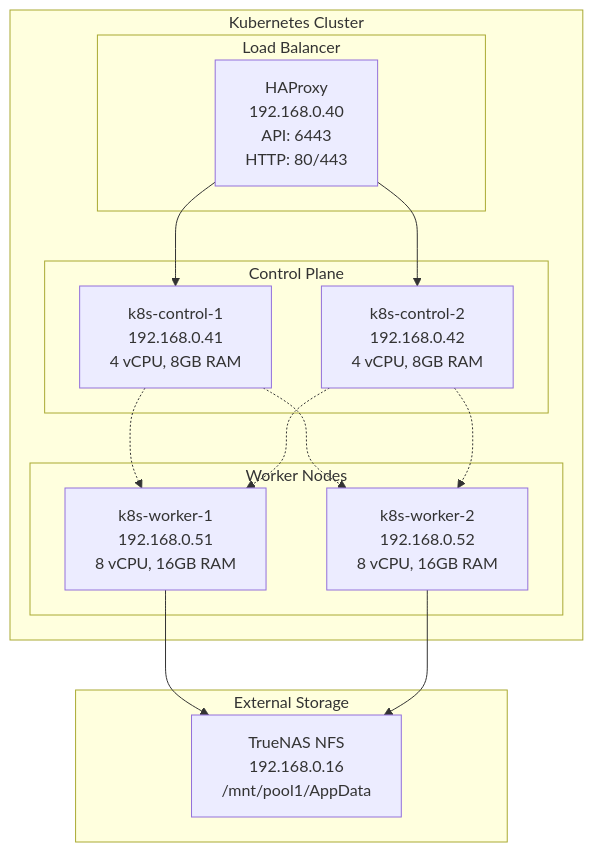
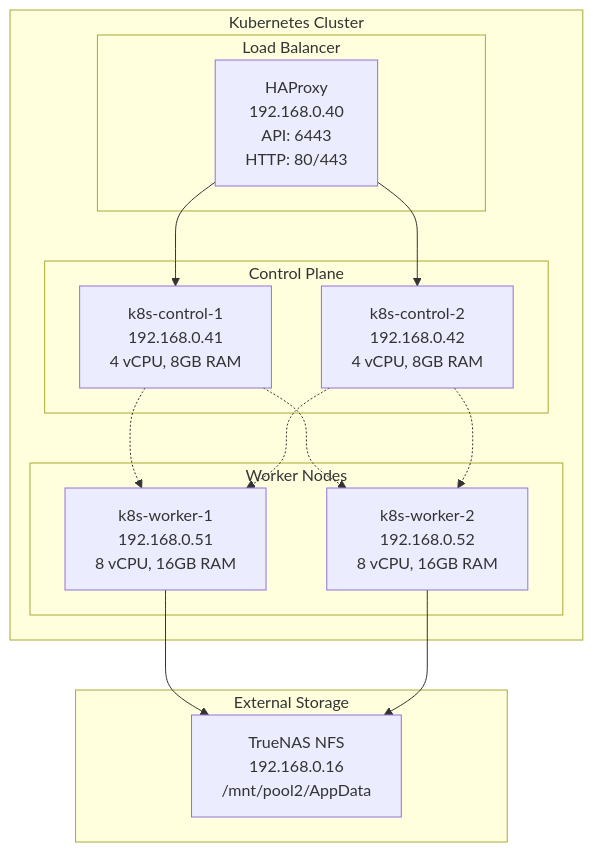
The first of 8 diagrams in docs/architecture.md (codesenju/kubelab), drawn with Mermaid before and after one commit. The commit also changed other lines of this file and 17 other files, not shown here.

First line of the commit message:
Update NFS paths from pool1 to pool2 across various configurations and documentation

````diff
--- a/docs/architecture.md
+++ b/docs/architecture.md
@@ -5,31 +5,31 @@
 ```mermaid
 graph TB
     subgraph "External Storage"
-        TrueNAS[TrueNAS NFS<br/>192.168.0.16<br/>/mnt/pool1/AppData]
+        TrueNAS[TrueNAS NFS<br/>192.168.0.16<br/>/mnt/pool2/AppData]
     end
 
     subgraph "Kubernetes Cluster"
         subgraph "Load Balancer"
             LB[HAProxy<br/>192.168.0.40<br/>API: 6443<br/>HTTP: 80/443]
         end
 
         subgraph "Control Plane"
             CP1[k8s-control-1<br/>192.168.0.41<br/>4 vCPU, 8GB RAM]
             CP2[k8s-control-2<br/>192.168.0.42<br/>4 vCPU, 8GB RAM]
         end
 
         subgraph "Worker Nodes"
             W1[k8s-worker-1<br/>192.168.0.51<br/>8 vCPU, 16GB RAM]
             W2[k8s-worker-2<br/>192.168.0.52<br/>8 vCPU, 16GB RAM]
         end
     end
 
     LB --> CP1
     LB --> CP2
     CP1 -.-> W1
     CP1 -.-> W2
     CP2 -.-> W1
     CP2 -.-> W2
     W1 --> TrueNAS
     W2 --> TrueNAS
 ```
````
